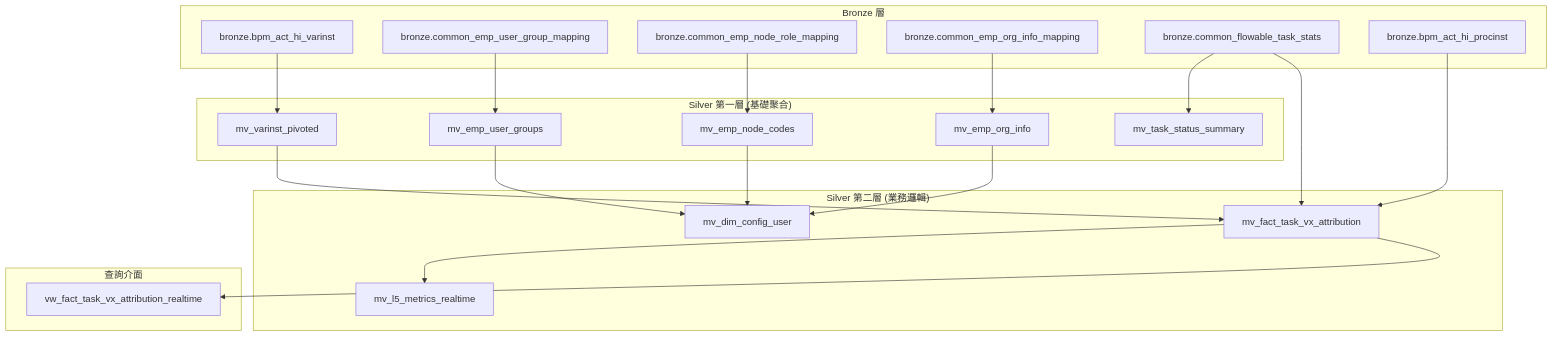
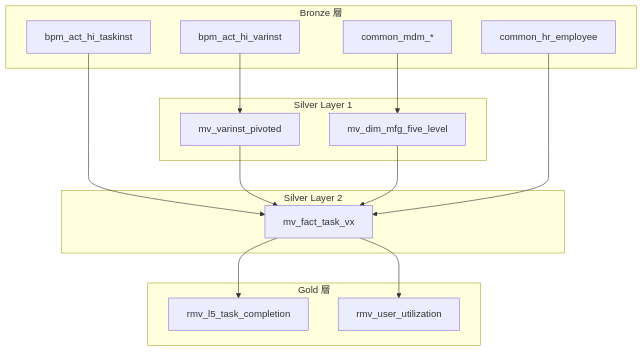
The diagram in docs/silver_mviews_architecture.md (Han-lai/dmp_flowable_etl), drawn with Mermaid before and after one commit. The commit also changed other lines of this file and 183 other files, not shown here.

````diff
--- a/docs/silver_mviews_architecture.md
+++ b/docs/silver_mviews_architecture.md
@@ -11,45 +14,34 @@
 ```mermaid
 graph TD
     subgraph "Bronze 層"
-        B1[bronze.bpm_act_hi_varinst]
-        B2[bronze.common_emp_user_group_mapping]
-        B3[bronze.common_emp_node_role_mapping]
-        B4[bronze.common_emp_org_info_mapping]
-        B5[bronze.common_flowable_task_stats]
-        B6[bronze.bpm_act_hi_procinst]
+        B1[bpm_act_hi_taskinst]
+        B2[bpm_act_hi_varinst]
+        B3[common_hr_employee]
+        B4[common_mdm_*]
     end
     
-    subgraph "Silver 第一層 (基礎聚合)"
+    subgraph "Silver Layer 1"
         S1[mv_varinst_pivoted]
-        S2[mv_emp_user_groups]
-        S3[mv_emp_node_codes]
-        S4[mv_emp_org_info]
-        S5[mv_task_status_summary]
+        S2[mv_dim_mfg_five_level]
     end
     
-    subgraph "Silver 第二層 (業務邏輯)"
-        S6[mv_fact_task_vx_attribution]
-        S7[mv_dim_config_user]
-        S8[mv_l5_metrics_realtime]
+    subgraph "Silver Layer 2"
+        S3[mv_fact_task_vx]
     end
     
-    subgraph "查詢介面"
-        V1[vw_fact_task_vx_attribution_realtime]
+    subgraph "Gold 層"
+        G1[rmv_l5_task_completion]
+        G2[rmv_user_utilization]
     end
     
-    B1 --> S1
-    B2 --> S2
+    B2 --> S1
+    B4 --> S2
+    
+    B1 --> S3
+    S1 --> S3
+    S2 --> S3
     B3 --> S3
-    B4 --> S4
-    B5 --> S5
-    B5 --> S6
-    B6 --> S6
     
-    S1 --> S6
-    S2 --> S7
-    S3 --> S7
-    S4 --> S7
-    
-    S6 --> S8
-    S6 --> V1
+    S3 --> G1
+    S3 --> G2
 ```
````
